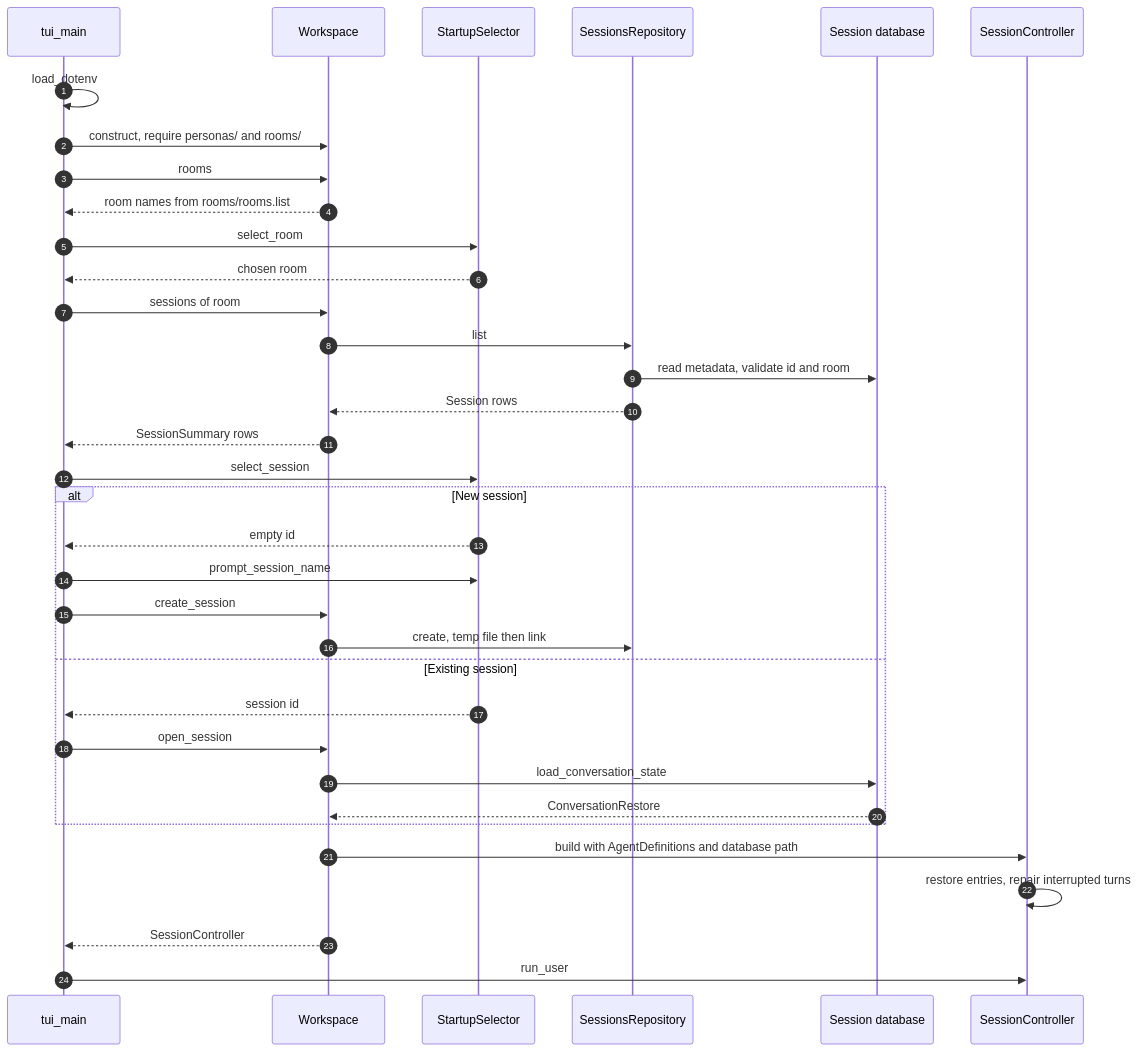
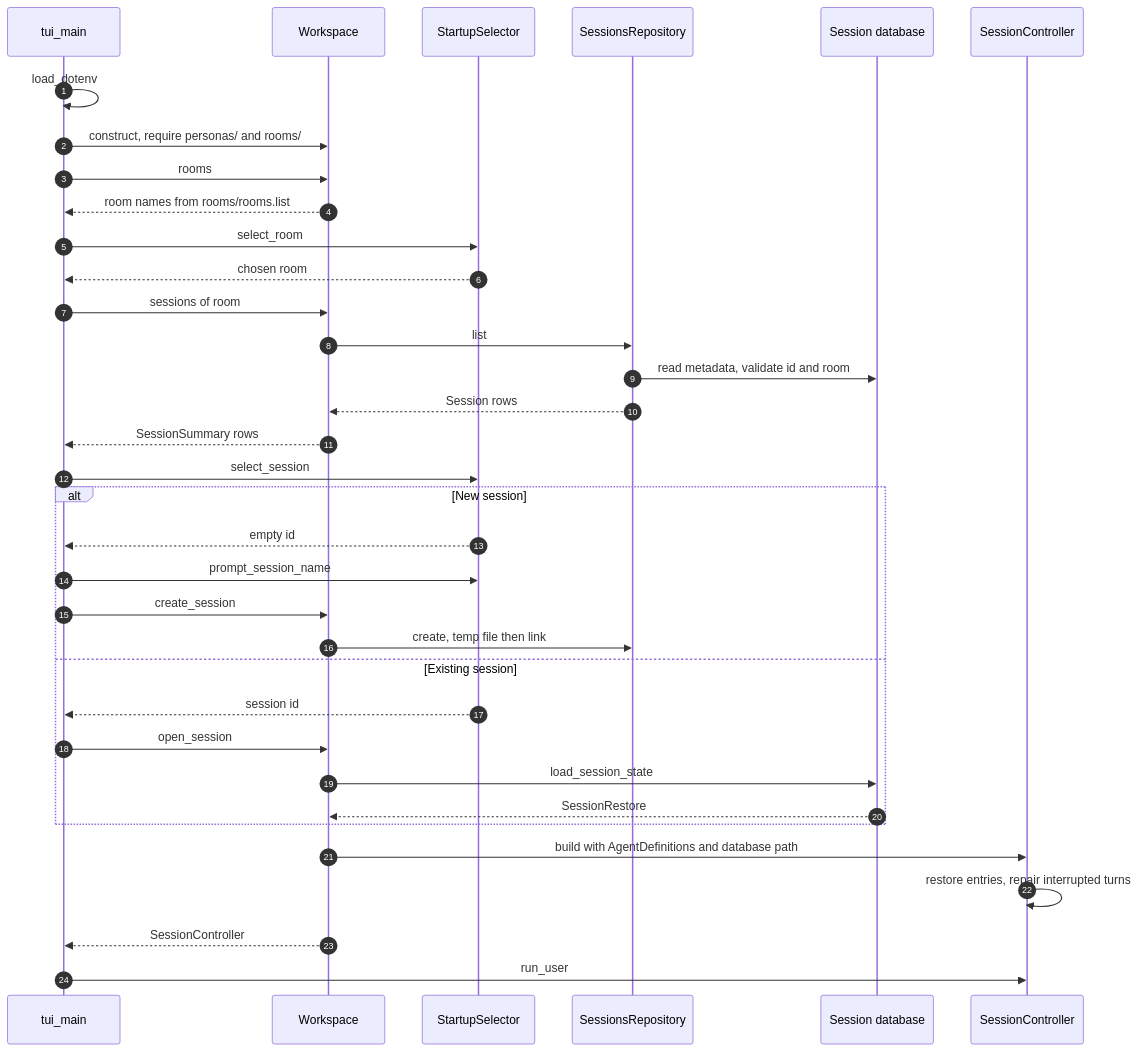
One commit to michaelpopov/cha changed the second of 4 diagrams in src/README.md. Above: the diagram before and after it, drawn with Mermaid. The commit also changed other lines of this file and 48 other files, not shown here.

````diff
--- a/src/README.md
+++ b/src/README.md
@@ -142,38 +150,38 @@
 ```mermaid
 sequenceDiagram
     autonumber
     participant main as tui_main
     participant ws as Workspace
     participant sel as StartupSelector
     participant repo as SessionsRepository
     participant db as Session database
     participant controller as SessionController
 
     main->>main: load_dotenv
     main->>ws: construct, require personas/ and rooms/
     main->>ws: rooms
     ws-->>main: room names from rooms/rooms.list
     main->>sel: select_room
     sel-->>main: chosen room
     main->>ws: sessions of room
     ws->>repo: list
     repo->>db: read metadata, validate id and room
     repo-->>ws: Session rows
     ws-->>main: SessionSummary rows
     main->>sel: select_session
     alt New session
         sel-->>main: empty id
         main->>sel: prompt_session_name
         main->>ws: create_session
         ws->>repo: create, temp file then link
     else Existing session
         sel-->>main: session id
         main->>ws: open_session
-        ws->>db: load_conversation_state
-        db-->>ws: ConversationRestore
+        ws->>db: load_session_state
+        db-->>ws: SessionRestore
     end
     ws->>controller: build with AgentDefinitions and database path
     controller->>controller: restore entries, repair interrupted turns
     ws-->>main: SessionController
     main->>controller: run_user
 ```
````
